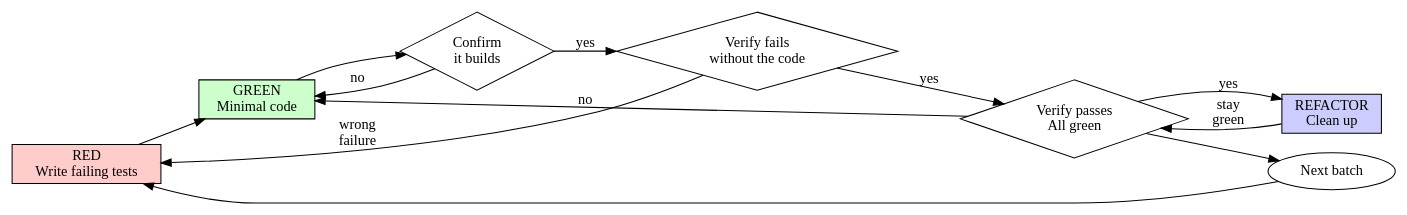
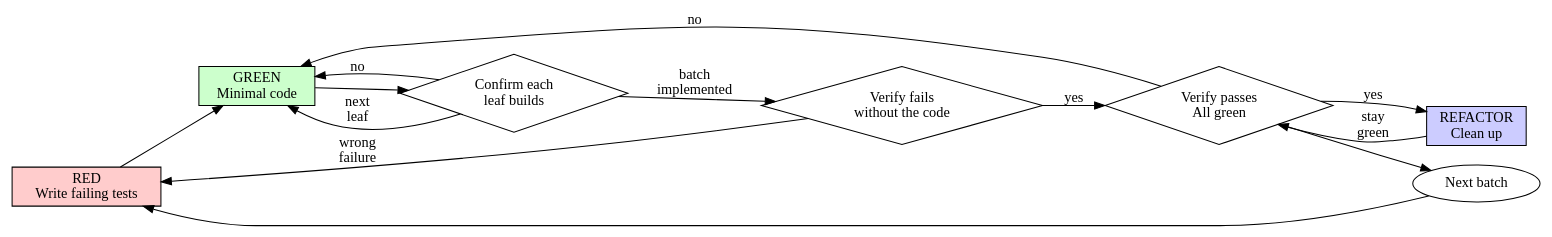
The diagram in agent/skills/test-driven-development/SKILL.md (xaionaro/.config-omp), drawn with Graphviz before and after one commit. The commit also changed other lines of this file and 1 other file, not shown here.

Commit message:
tdd: confirm build per implementation leaf, full tests after batch
- Batch Order: each implementation leaf or task confirms its changed code builds at close; implementer may lint and run tests under a 5-second timeout; full tests only after the whole batch.
- Dot diagram and testing-anti-patterns fix list match.

Test Plan:
- Prose-only change; no build applies.
- git diff --check on changed files: clean.
- Links unchanged: #batch-order, #verify-red---watch-it-fail, #verify-green---watch-it-pass still resolve (headings untouched).

````diff
--- a/agent/skills/test-driven-development/SKILL.md
+++ b/agent/skills/test-driven-development/SKILL.md
@@ -66,24 +66,25 @@
 ```dot
 digraph tdd_cycle {
     rankdir=LR;
     red [label="RED\nWrite failing tests", shape=box, style=filled, fillcolor="#ffcccc"];
     green [label="GREEN\nMinimal code", shape=box, style=filled, fillcolor="#ccffcc"];
-    build [label="Confirm\nit builds", shape=diamond];
+    build [label="Confirm each\nleaf builds", shape=diamond];
     verify_red [label="Verify fails\nwithout the code", shape=diamond];
     verify_green [label="Verify passes\nAll green", shape=diamond];
     refactor [label="REFACTOR\nClean up", shape=box, style=filled, fillcolor="#ccccff"];
     next [label="Next batch", shape=ellipse];
 
     red -> green;
     green -> build;
-    build -> verify_red [label="yes"];
+    build -> verify_red [label="batch\nimplemented"];
+    build -> green [label="next\nleaf"];
     build -> green [label="no"];
     verify_red -> verify_green [label="yes"];
     verify_red -> red [label="wrong\nfailure"];
     verify_green -> refactor [label="yes"];
     verify_green -> green [label="no"];
     refactor -> verify_green [label="stay\ngreen"];
     verify_green -> next;
     next -> red;
 }
 ```
````
